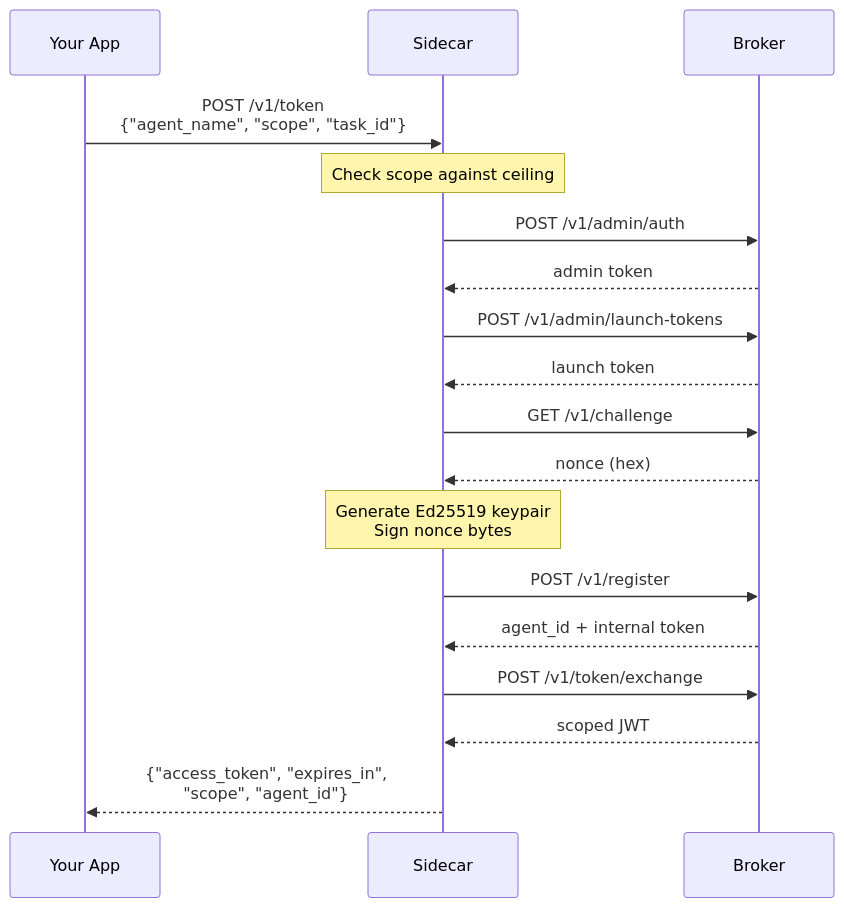
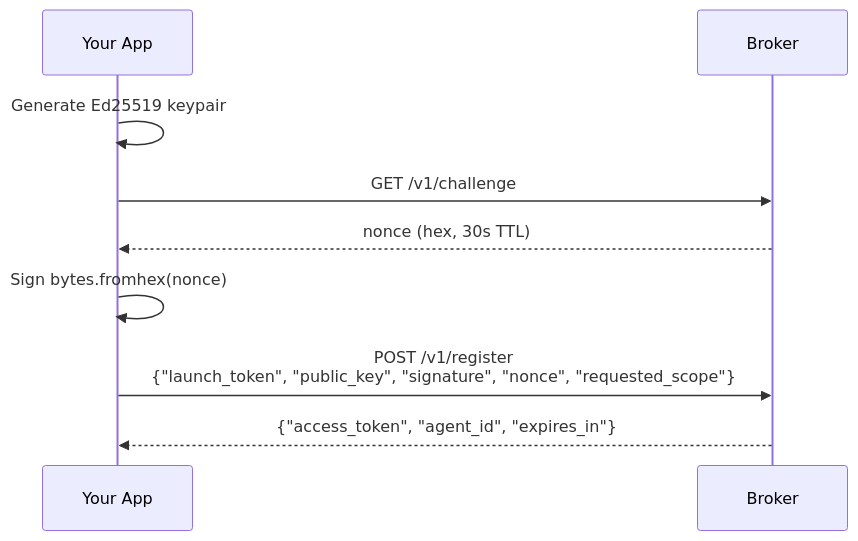
Before and after one commit to devonartis/agentwrit: the first of 2 diagrams in docs/getting-started-developer.md, drawn with Mermaid. The commit also changed other lines of this file and 21 other files, not shown here.

````diff
--- a/docs/getting-started-developer.md
+++ b/docs/getting-started-developer.md
@@ -72,21 +92,12 @@
 ```mermaid
 sequenceDiagram
     participant App as Your App
-    participant SC as Sidecar
     participant B as Broker
 
-    App->>SC: POST /v1/token<br/>{"agent_name", "scope", "task_id"}
-    Note over SC: Check scope against ceiling
-    SC->>B: POST /v1/admin/auth
-    B-->>SC: admin token
-    SC->>B: POST /v1/admin/launch-tokens
-    B-->>SC: launch token
-    SC->>B: GET /v1/challenge
-    B-->>SC: nonce (hex)
-    Note over SC: Generate Ed25519 keypair<br/>Sign nonce bytes
-    SC->>B: POST /v1/register
-    B-->>SC: agent_id + internal token
-    SC->>B: POST /v1/token/exchange
-    B-->>SC: scoped JWT
-    SC-->>App: {"access_token", "expires_in",<br/>"scope", "agent_id"}
+    App->>App: Generate Ed25519 keypair
+    App->>B: GET /v1/challenge
+    B-->>App: nonce (hex, 30s TTL)
+    App->>App: Sign bytes.fromhex(nonce)
+    App->>B: POST /v1/register<br/>{"launch_token", "public_key", "signature", "nonce", "requested_scope"}
+    B-->>App: {"access_token", "agent_id", "expires_in"}
 ```
````
